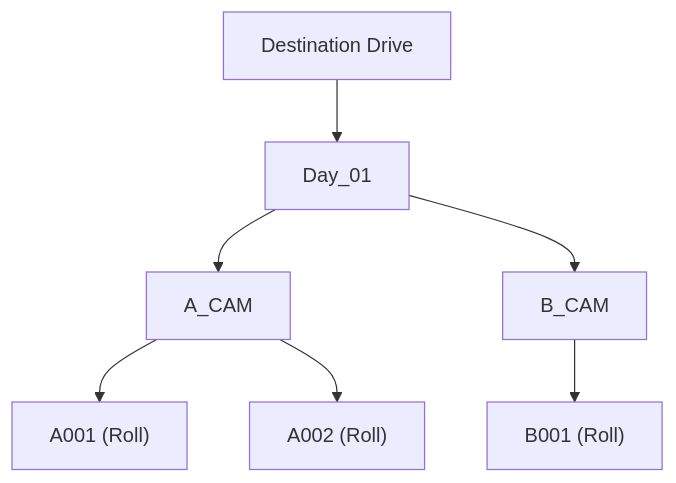
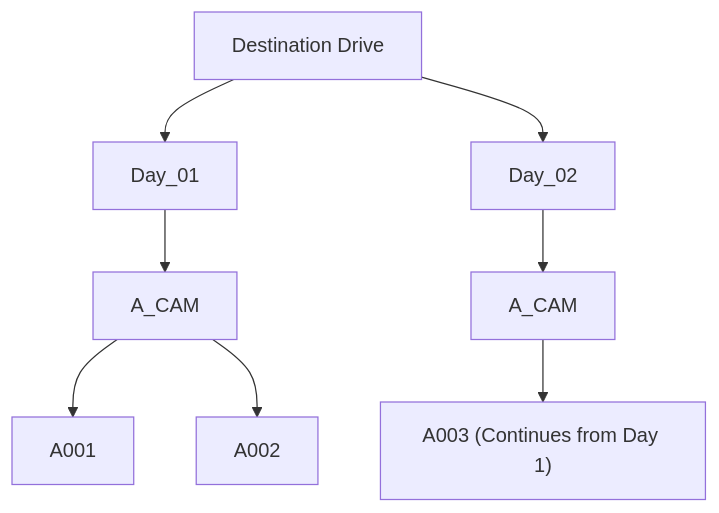
One commit to a133xz/copa90 changed the diagram in README.md. Above: the diagram before and after it, drawn with Mermaid. The commit also changed other lines of this file, not shown here.

Commit message:
docs: clean up README formatting, update structure diagrams, and add future UI proposal section

````diff
--- a/README.md
+++ b/README.md
@@ -24,9 +18,13 @@
 ```mermaid
 graph TD
-    Root["Destination Drive"] --> Day["Day_01"]
-    Day --> ACAM["A_CAM"]
-    Day --> BCAM["B_CAM"]
-    ACAM --> A001["A001 (Roll)"]
-    ACAM --> A002["A002 (Roll)"]
-    BCAM --> B001["B001 (Roll)"]
+    Root["Destination Drive"] --> D1["Day_01"]
+    Root --> D2["Day_02"]
+
+    D1 --> ACAM1["A_CAM"]
+    D2 --> ACAM2["A_CAM"]
+
+    ACAM1 --> A001["A001"]
+    ACAM1 --> A002["A002"]
+
+    ACAM2 --> A003["A003 (Continues from Day 1)"]
 ```
````
